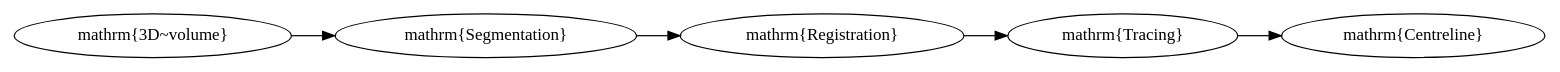
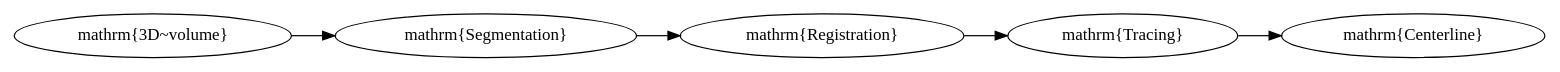
One commit to CBL-ORION/orion-zmughal-ms-thesis changed the diagram in gfx/matlab-call-graph/high-level.dot. Above: the diagram before and after it, drawn with Graphviz. The commit also changed 6 other files, not shown here.

```diff
--- a/gfx/matlab-call-graph/high-level.dot
+++ b/gfx/matlab-call-graph/high-level.dot
@@ -1,20 +1,20 @@
 digraph Main {
 	graph [mindist=0.5];
 	d2tfigpreamble = "
 	\tikzstyle{process} = [draw,shape=box]
 	\tikzstyle{data} = [draw,shape=circle,style=dashed]
 	"
 	proc_seg [label="\mathrm{Segmentation}" style = "process"];
 	proc_reg [label="\mathrm{Registration}" style = "process"];
 	proc_trace [label="\mathrm{Tracing}" style = "process"];
 
 	data_vol [label="\mathrm{3D~volume}" style = "data"];
-	data_centerline [label="\mathrm{Centreline}" style = "data"];
+	data_centerline [label="\mathrm{Centerline}" style = "data"];
 
 	proc_seg -> proc_reg -> proc_trace;
 
 	data_vol -> proc_seg;
 	proc_trace -> data_centerline;
 
 	rankdir=LR;
 }
```
